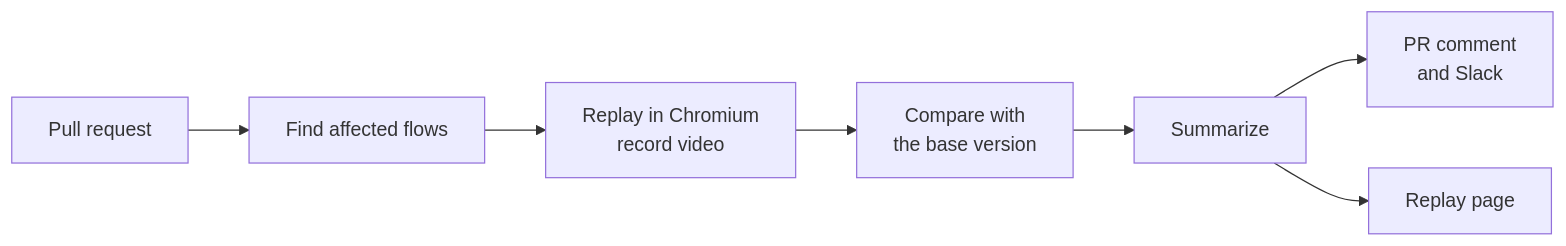
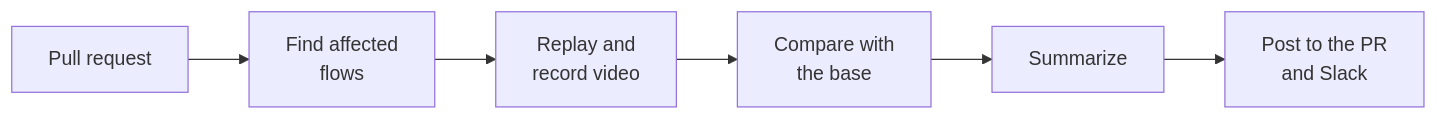
Before and after one commit to Nuu-maan/reeldiff: the diagram in README.md, drawn with Mermaid. The commit also changed other lines of this file and 2 other files, not shown here.

Commit message:
Use a list for features, a straight diagram and fresh screenshots

````diff
--- a/README.md
+++ b/README.md
@@ -41,9 +39,4 @@
 ```mermaid
 flowchart LR
-    A[Pull request] --> B[Find affected flows]
-    B --> C[Replay in Chromium<br/>record video]
-    C --> D[Compare with<br/>the base version]
-    D --> E[Summarize]
-    E --> F[PR comment<br/>and Slack]
-    E --> G[Replay page]
+    A[Pull request] --> B[Find affected<br/>flows] --> C[Replay and<br/>record video] --> D[Compare with<br/>the base] --> E[Summarize] --> F[Post to the PR<br/>and Slack]
 ```
````
